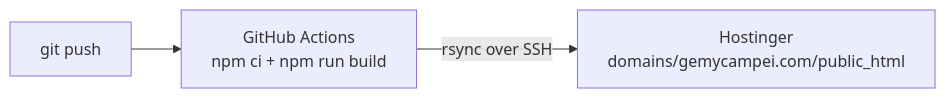
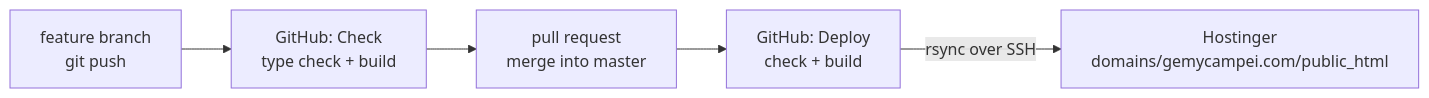
The diagram in docs/DEPLOYMENT.md (cmpsmn/gemycampei-website), drawn with Mermaid before and after one commit. The commit also changed other lines of this file and 1055 other files, not shown here.

````diff
--- a/docs/DEPLOYMENT.md
+++ b/docs/DEPLOYMENT.md
@@ -6,5 +6,7 @@
 ```mermaid
 flowchart LR
-  A["git push"] --> B["GitHub Actions<br/>npm ci + npm run build"]
-  B -->|rsync over SSH| C["Hostinger<br/>domains/gemycampei.com/public_html"]
+  A["feature branch<br/>git push"] --> B["GitHub: Check<br/>type check + build"]
+  B --> C["pull request<br/>merge into master"]
+  C --> D["GitHub: Deploy<br/>check + build"]
+  D -->|rsync over SSH| E["Hostinger<br/>domains/gemycampei.com/public_html"]
 ```
````
